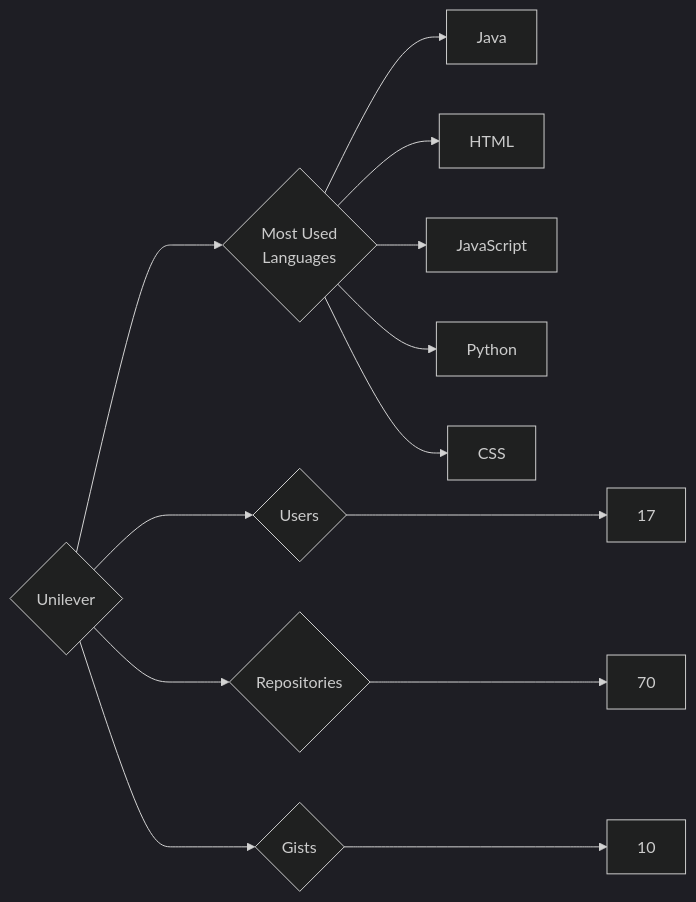
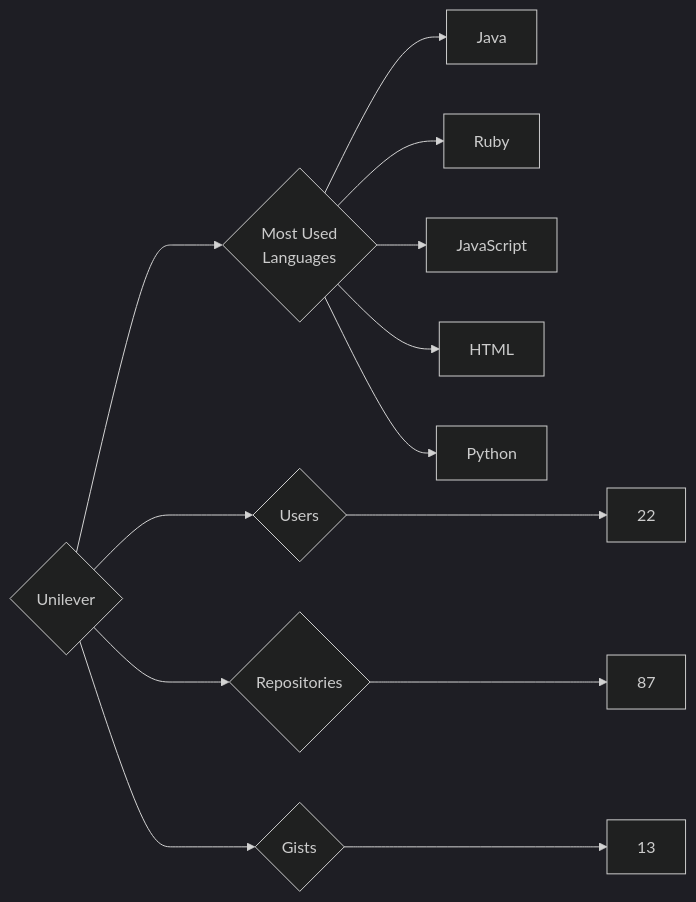
The diagram in targets/Unilever/README.md (trickest/insiders), drawn with Mermaid (dark theme) before and after one commit. The commit also changed 973 other files, not shown here.

````diff
--- a/targets/Unilever/README.md
+++ b/targets/Unilever/README.md
@@ -3,13 +3,13 @@
 ```mermaid
 graph LR
 COMPANY_NAME{Unilever}
-COMPANY_NAME ---> U{Users} ---> UN[17]
-COMPANY_NAME ---> R{Repositories} ---> RN[70]
-COMPANY_NAME ---> G{Gists} ---> GN[10]
+COMPANY_NAME ---> U{Users} ---> UN[22]
+COMPANY_NAME ---> R{Repositories} ---> RN[87]
+COMPANY_NAME ---> G{Gists} ---> GN[13]
 COMPANY_NAME ---> ML{Most Used<br>Languages}
 ML --> Java[Java]
+ML --> Ruby[Ruby]
+ML --> JavaScript[JavaScript]
 ML --> HTML[HTML]
-ML --> JavaScript[JavaScript]
 ML --> Python[Python]
-ML --> CSS[CSS]
 ```
````
